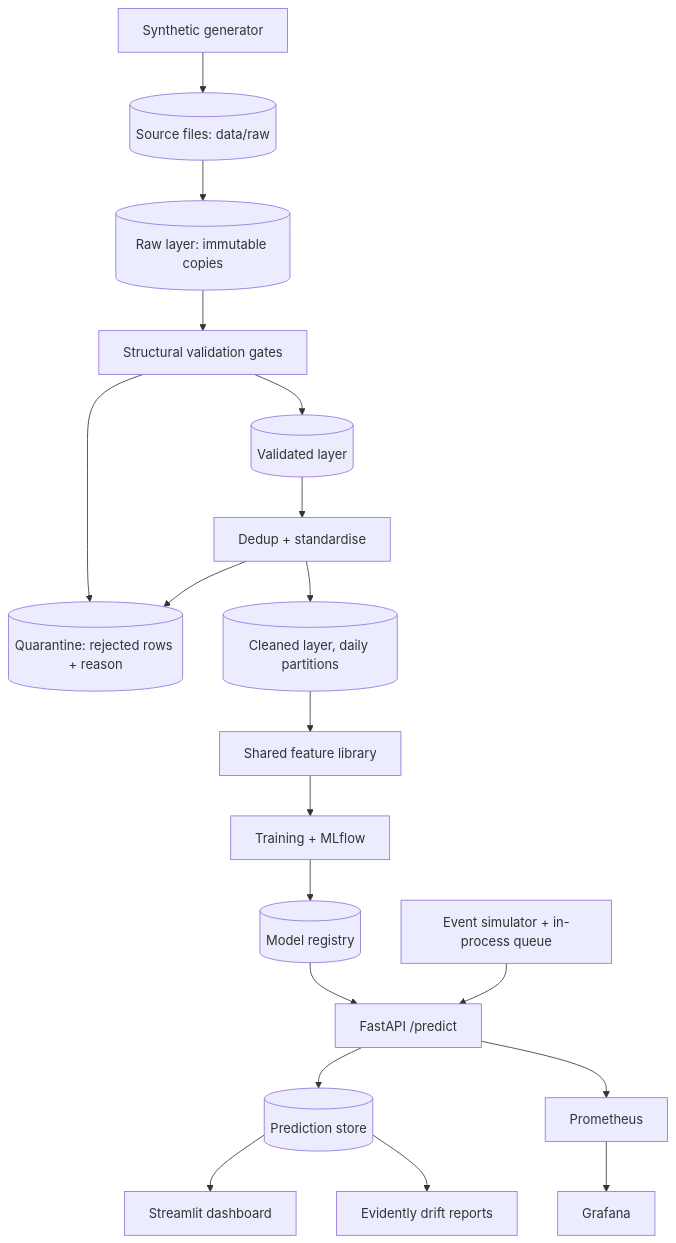
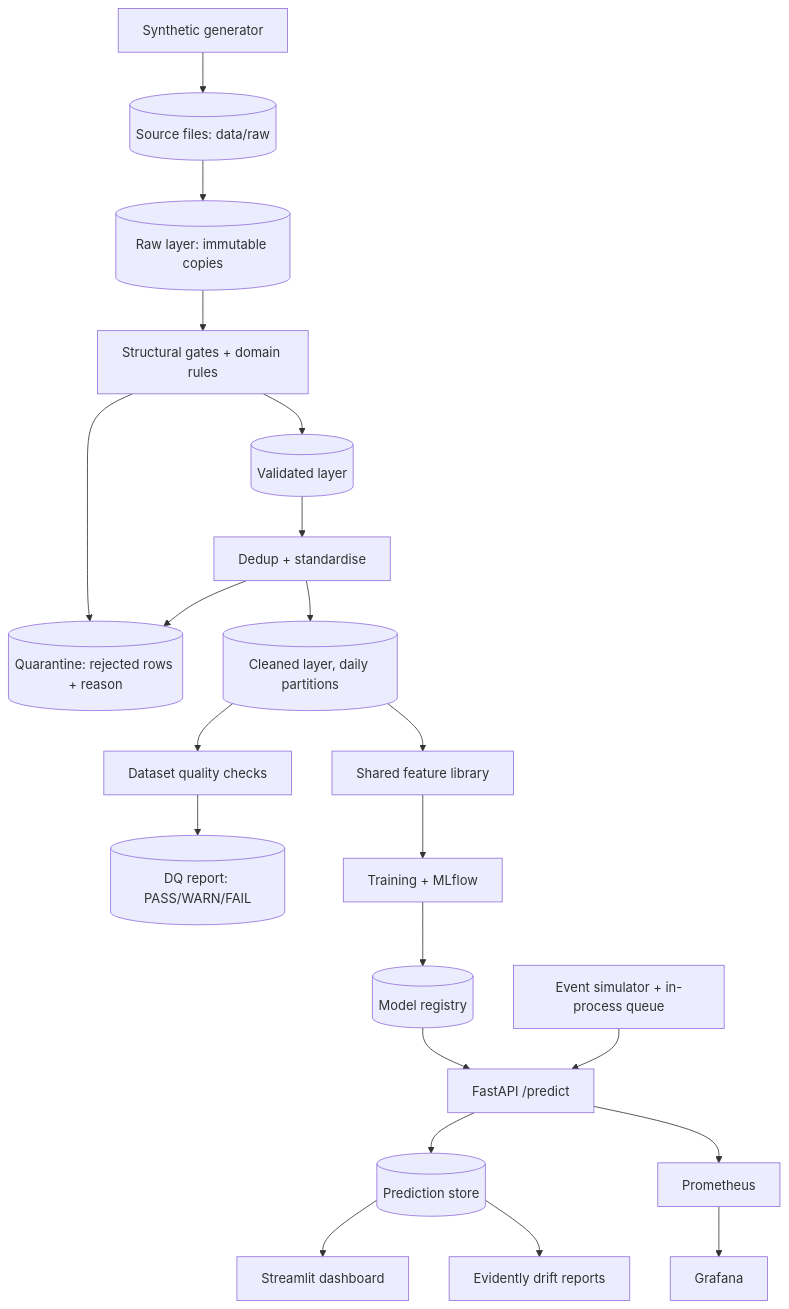
Before and after one commit to Chendy1/mobile-money-fraud-detection-platform: the diagram in docs/architecture.md, drawn with Mermaid. The commit also changed other lines of this file and 10 other files, not shown here.

Commit message:
docs: add data quality guide, ADR-009 and update architecture

````diff
--- a/docs/architecture.md
+++ b/docs/architecture.md
@@ -7,20 +7,22 @@
 ```mermaid
 flowchart TB
   G[Synthetic generator] --> L[(Source files: data/raw)]
   L --> RW[(Raw layer: immutable copies)]
-  RW --> V[Structural validation gates]
+  RW --> V[Structural gates + domain rules]
   V --> Q[(Quarantine: rejected rows + reason)]
   V --> VL[(Validated layer)]
   VL --> DD[Dedup + standardise]
   DD --> Q
   DD --> C[(Cleaned layer, daily partitions)]
+  C --> DQ[Dataset quality checks]
+  DQ --> RP[(DQ report: PASS/WARN/FAIL)]
   C --> F[Shared feature library]
   F --> T[Training + MLflow]
   T --> M[(Model registry)]
   M --> A[FastAPI /predict]
   S[Event simulator + in-process queue] --> A
   A --> P[(Prediction store)]
   P --> D[Streamlit dashboard]
   A --> PR[Prometheus] --> GR[Grafana]
   P --> E[Evidently drift reports]
 ```
````
